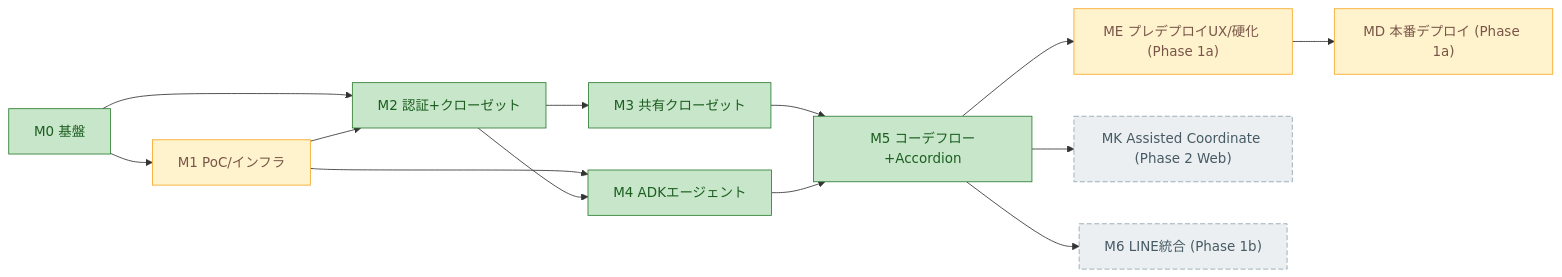
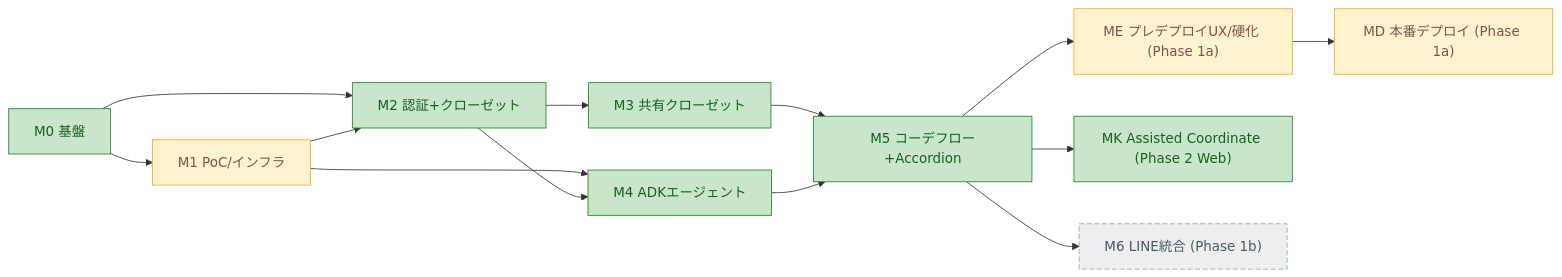
One commit to RanArino/gen-fashion changed the eighth of 8 diagrams in docs/architecture-overview.md. Above: the diagram before and after it, drawn with Mermaid. The commit also changed other lines of this file and 2 other files, not shown here.

````diff
--- a/docs/architecture-overview.md
+++ b/docs/architecture-overview.md
@@ -406,21 +410,21 @@
 ```mermaid
 flowchart LR
   M0["M0 基盤"] --> M1["M1 PoC/インフラ"]
   M0 --> M2["M2 認証+クローゼット"]
   M1 --> M2
   M2 --> M3["M3 共有クローゼット"]
   M1 --> M4["M4 ADKエージェント"]
   M2 --> M4
   M3 --> M5["M5 コーデフロー+Accordion"]
   M4 --> M5
   M5 --> ME["ME プレデプロイUX/硬化 (Phase 1a)"]
   ME --> MD["MD 本番デプロイ (Phase 1a)"]
   M5 --> MK["MK Assisted Coordinate (Phase 2 Web)"]
   M5 --> M6["M6 LINE統合 (Phase 1b)"]
 
   classDef done fill:#c8e6c9,stroke:#2e7d32,color:#1b5e20;
   classDef wip fill:#fff3cd,stroke:#f9a825,color:#795548;
   classDef stub fill:#ffe0b2,stroke:#e65100,color:#bf360c,stroke-dasharray:5 3;
   classDef todo fill:#eceff1,stroke:#90a4ae,color:#455a64,stroke-dasharray:6 3;
-  class M0,M2,M3,M4,M5 done; class M1,ME,MD wip; class MK,M6 todo;
+  class M0,M2,M3,M4,M5,MK done; class M1,ME,MD wip; class M6 todo;
 ```
````
